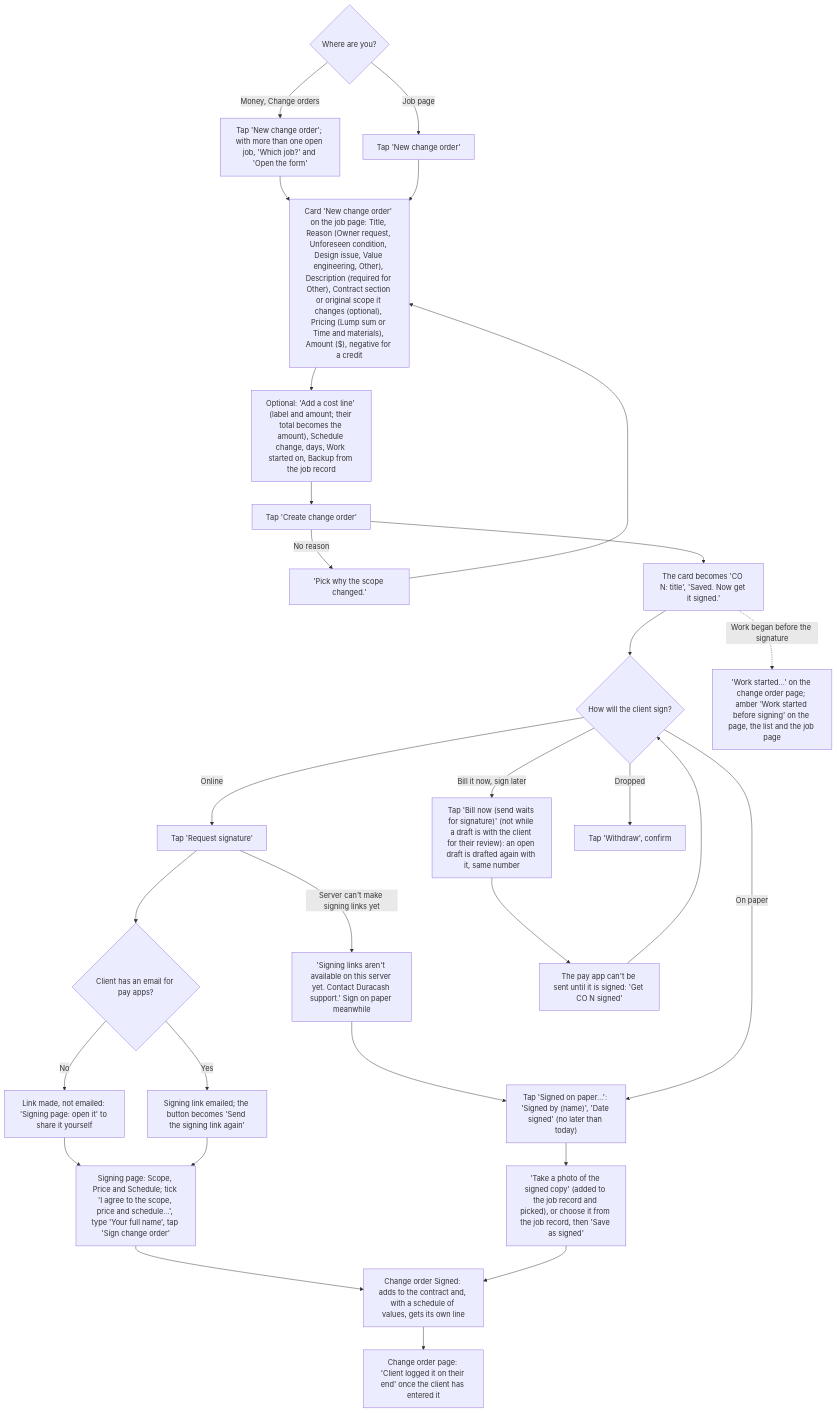
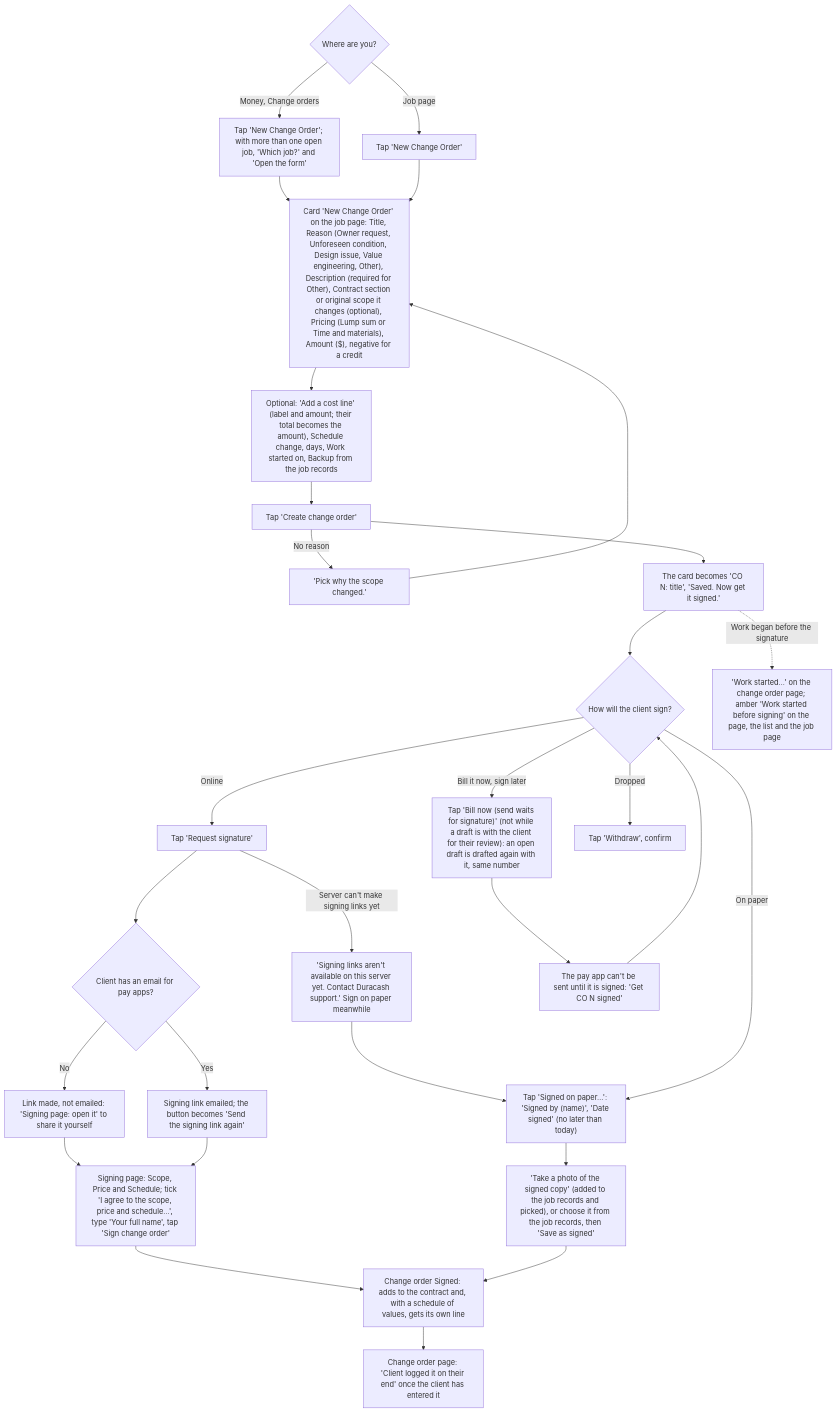
The sixth of 18 diagrams in docs/client-flows.md (cartwrightstephen/billdable), drawn with Mermaid before and after one commit. The commit also changed other lines of this file and 2 other files, not shown here.

First line of the commit message:
Docs brought up to the Nov 3 overhaul: flows, README, manual test

````diff
--- a/docs/client-flows.md
+++ b/docs/client-flows.md
@@ -240,31 +266,31 @@
 ```mermaid
 flowchart TD
-    A{"Where are you?"} -->|"Job page"| A1["Tap 'New change order'"]
-    A -->|"Money, Change orders"| A2["Tap 'New change order'; with more than one open job, 'Which job?' and 'Open the form'"]
+    A{"Where are you?"} -->|"Job page"| A1["Tap 'New Change Order'"]
+    A -->|"Money, Change orders"| A2["Tap 'New Change Order'; with more than one open job, 'Which job?' and 'Open the form'"]
     A2 --> B
-    A1 --> B["Card 'New change order' on the job page: Title, Reason (Owner request, Unforeseen condition, Design issue, Value engineering, Other), Description (required for Other), Contract section or original scope it changes (optional), Pricing (Lump sum or Time and materials), Amount ($), negative for a credit"]
-    B --> B2["Optional: 'Add a cost line' (label and amount; their total becomes the amount), Schedule change, days, Work started on, Backup from the job record"]
+    A1 --> B["Card 'New Change Order' on the job page: Title, Reason (Owner request, Unforeseen condition, Design issue, Value engineering, Other), Description (required for Other), Contract section or original scope it changes (optional), Pricing (Lump sum or Time and materials), Amount ($), negative for a credit"]
+    B --> B2["Optional: 'Add a cost line' (label and amount; their total becomes the amount), Schedule change, days, Work started on, Backup from the job records"]
     B2 --> D["Tap 'Create change order'"]
     D -->|"No reason"| D2["'Pick why the scope changed.'"]
     D2 --> B
     D --> E["The card becomes 'CO N: title', 'Saved. Now get it signed.'"]
     E --> F{"How will the client sign?"}
     F -->|"Online"| G["Tap 'Request signature'"]
     G -->|"Server can't make signing links yet"| G2["'Signing links aren't available on this server yet. Contact Duracash support.' Sign on paper meanwhile"]
     G2 --> L
     G --> H{"Client has an email for pay apps?"}
     H -->|"Yes"| I["Signing link emailed; the button becomes 'Send the signing link again'"]
     H -->|"No"| J["Link made, not emailed: 'Signing page: open it' to share it yourself"]
     J --> K
     I --> K["Signing page: Scope, Price and Schedule; tick 'I agree to the scope, price and schedule…', type 'Your full name', tap 'Sign change order'"]
     F -->|"On paper"| L["Tap 'Signed on paper…': 'Signed by (name)', 'Date signed' (no later than today)"]
-    L --> M["'Take a photo of the signed copy' (added to the job record and picked), or choose it from the job record, then 'Save as signed'"]
+    L --> M["'Take a photo of the signed copy' (added to the job records and picked), or choose it from the job records, then 'Save as signed'"]
     F -->|"Bill it now, sign later"| N["Tap 'Bill now (send waits for signature)' (not while a draft is with the client for their review): an open draft is drafted again with it, same number"]
     N --> O["The pay app can't be sent until it is signed: 'Get CO N signed'"]
     O --> F
     F -->|"Dropped"| P["Tap 'Withdraw', confirm"]
     K --> Q["Change order Signed: adds to the contract and, with a schedule of values, gets its own line"]
     M --> Q
     Q --> R["Change order page: 'Client logged it on their end' once the client has entered it"]
     E -.->|"Work began before the signature"| W["'Work started…' on the change order page; amber 'Work started before signing' on the page, the list and the job page"]
 ```
````
